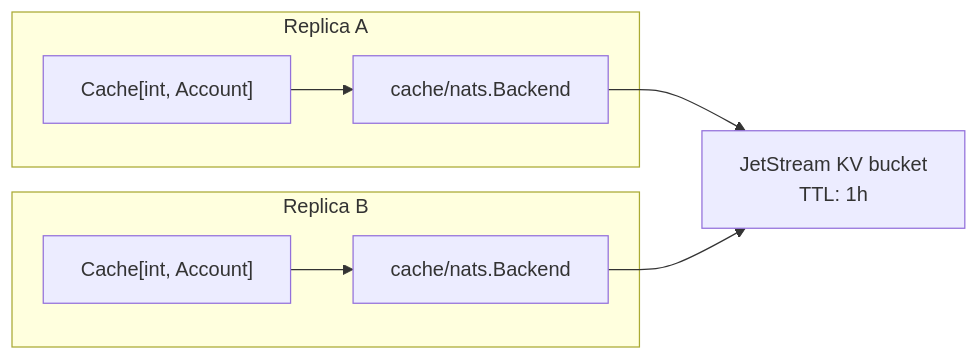
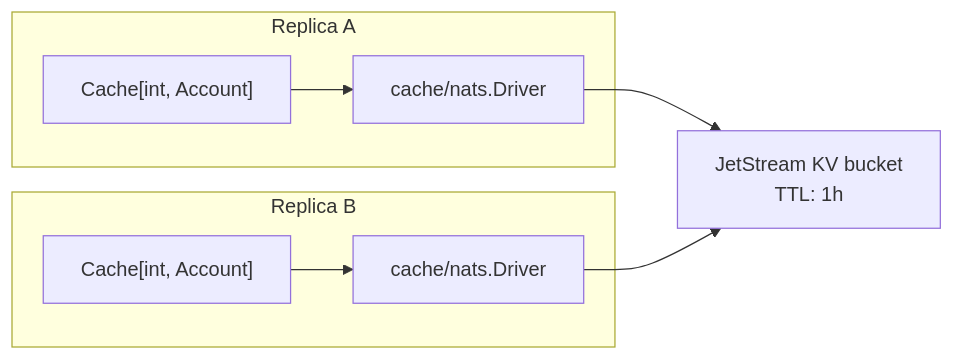
The second of 2 diagrams in docs/cache.md (Neur0toxine/mg-transport-core), drawn with Mermaid before and after one commit. The commit also changed other lines of this file and 36 other files, not shown here.

Commit message:
chore: rename Backend to Driver

````diff
--- a/docs/cache.md
+++ b/docs/cache.md
@@ -224,11 +224,11 @@
 ```mermaid
 flowchart LR
     subgraph replica1["Replica A"]
-        CA["Cache[int, Account]"] --> NA["cache/nats.Backend"]
+        CA["Cache[int, Account]"] --> NA["cache/nats.Driver"]
     end
     subgraph replica2["Replica B"]
-        CB["Cache[int, Account]"] --> NB["cache/nats.Backend"]
+        CB["Cache[int, Account]"] --> NB["cache/nats.Driver"]
     end
     NA --> KV["JetStream KV bucket<br/>TTL: 1h"]
     NB --> KV
 ```
````
